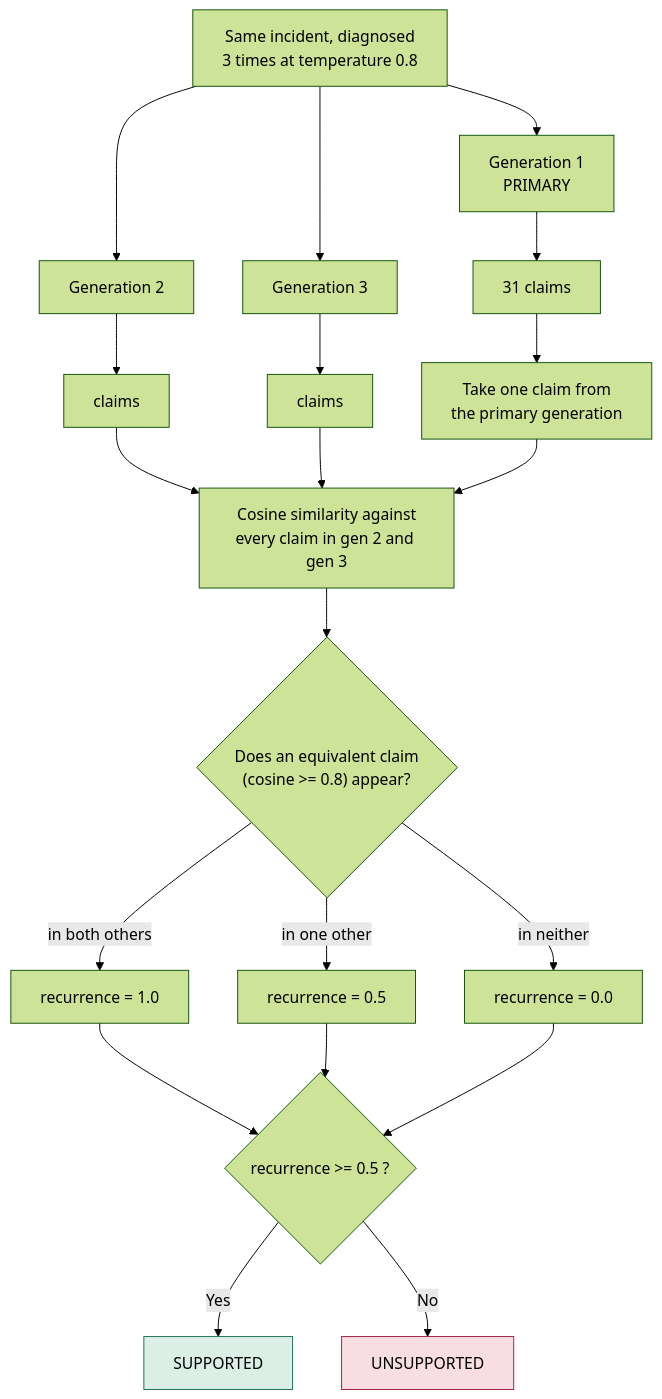
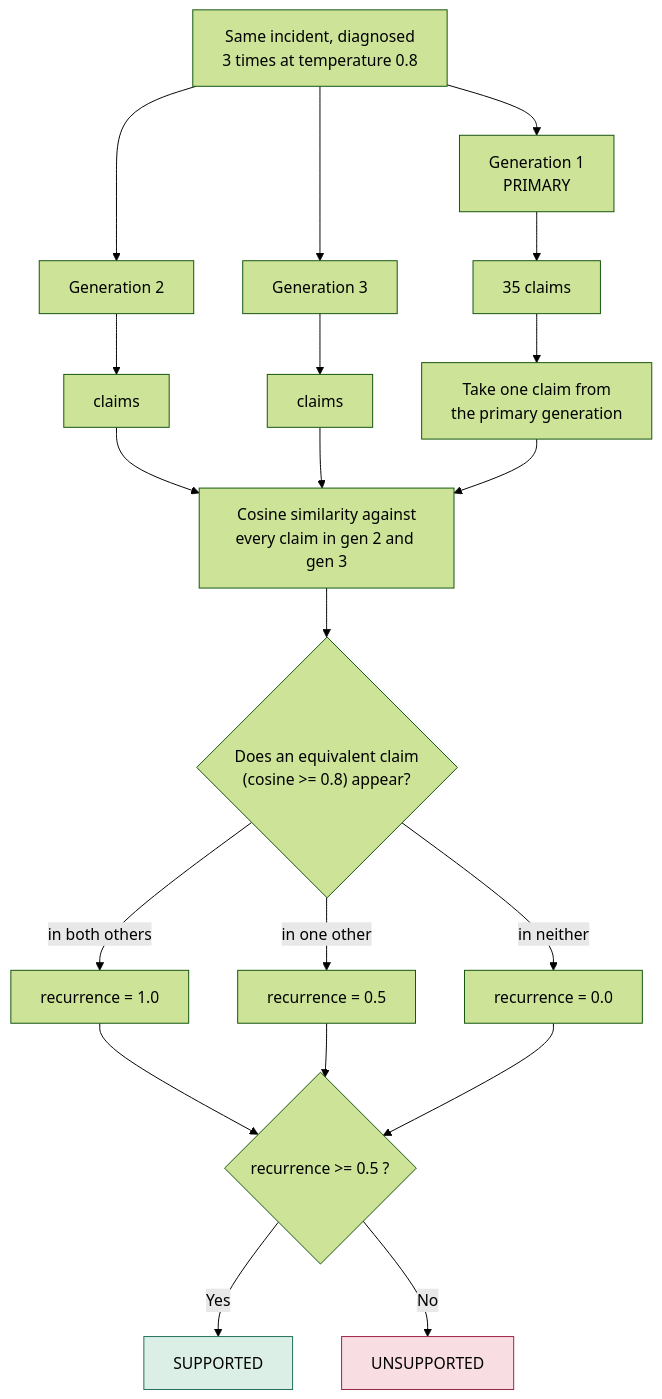
Before and after one commit to shivamshashank/CloudGraph: the third of 6 diagrams in docs/VERIFICATION_FLOW.md, drawn with Mermaid (forest theme). The commit also changed other lines of this file and 77 other files, not shown here.

````diff
--- a/docs/VERIFICATION_FLOW.md
+++ b/docs/VERIFICATION_FLOW.md
@@ -126,29 +135,29 @@
 ```mermaid
 flowchart TD
     A["Same incident, diagnosed<br/>3 times at temperature 0.8"] --> B1["Generation 1<br/>PRIMARY"]
     A --> B2["Generation 2"]
     A --> B3["Generation 3"]
 
-    B1 --> C1["31 claims"]
+    B1 --> C1["35 claims"]
     B2 --> C2["claims"]
     B3 --> C3["claims"]
 
     C1 --> D["Take one claim from<br/>the primary generation"]
     C2 --> E["Cosine similarity against<br/>every claim in gen 2 and gen 3"]
     C3 --> E
     D --> E
 
     E --> F{"Does an equivalent claim<br/>(cosine >= 0.8) appear?"}
     F -->|"in both others"| G["recurrence = 1.0"]
     F -->|"in one other"| H["recurrence = 0.5"]
     F -->|"in neither"| I["recurrence = 0.0"]
 
     G --> J{"recurrence >= 0.5 ?"}
     H --> J
     I --> J
     J -->|"Yes"| K["SUPPORTED"]
     J -->|"No"| L["UNSUPPORTED"]
 
     style K fill:#dcefe6,stroke:#1f6f5c
     style L fill:#f8dde3,stroke:#9b2242
 ```
````
